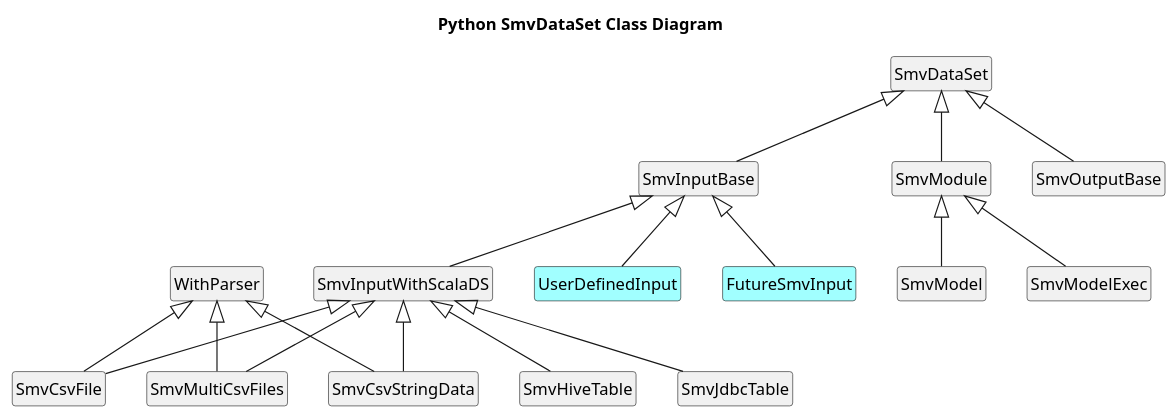
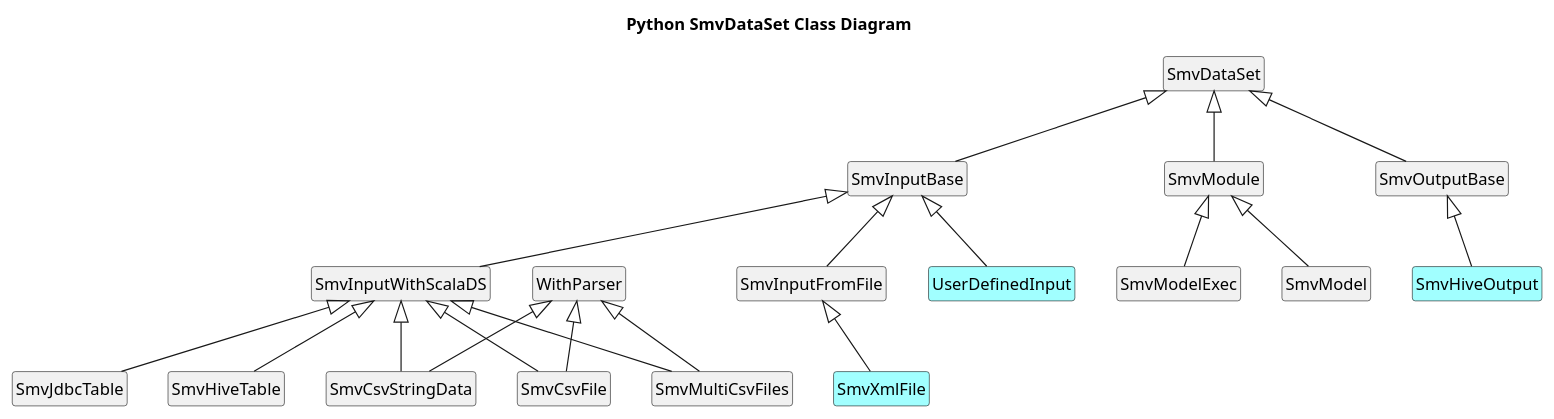
The diagram in docs/dev/SmvDataSet_python_reorg/py_api_class.puml (TresAmigosSD/SMV), drawn with PlantUML before and after one commit. The commit also changed 1 other file, not shown here.

```diff
--- a/docs/dev/SmvDataSet_python_reorg/py_api_class.puml
+++ b/docs/dev/SmvDataSet_python_reorg/py_api_class.puml
@@ -1,28 +1,30 @@
 @startuml
 
 title Python SmvDataSet Class Diagram
 
 hide empty methods
 hide empty fields
 hide circle
 
 class SmvDataSet
 class SmvInputBase extends SmvDataSet
 class SmvModule extends SmvDataSet
 class SmvOutputBase extends SmvDataSet
 
 class SmvInputWithScalaDS extends SmvInputBase
+class SmvInputFromFile extends SmvInputBase
 class UserDefinedInput #A1FFFF extends SmvInputBase
-class FutureSmvInput #A1FFFF extends SmvInputBase
+class SmvXmlFile #A1FFFF extends SmvInputFromFile
 class WithParser
 
 class SmvCsvFile extends WithParser, SmvInputWithScalaDS
 class SmvMultiCsvFiles extends WithParser, SmvInputWithScalaDS
 class SmvCsvStringData extends WithParser, SmvInputWithScalaDS
 class SmvJdbcTable extends SmvInputWithScalaDS
 class SmvHiveTable extends SmvInputWithScalaDS
 
 class SmvModel extends SmvModule
 class SmvModelExec extends SmvModule
 
+class SmvHiveOutput #A1FFFF extends SmvOutputBase
 @enduml
```
